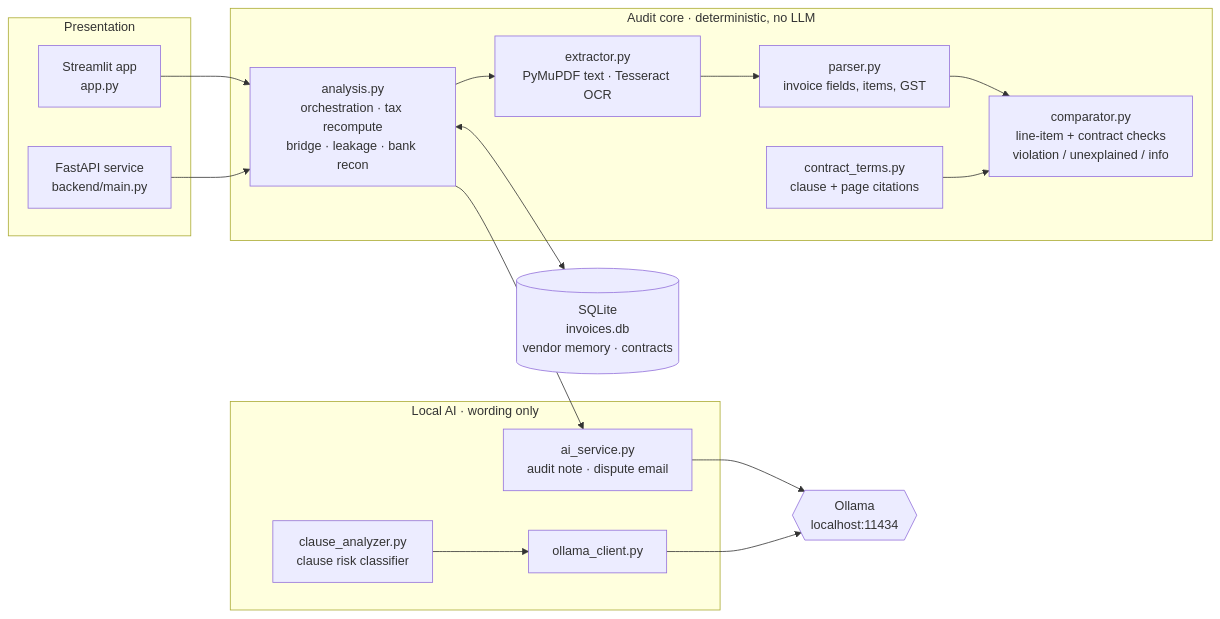
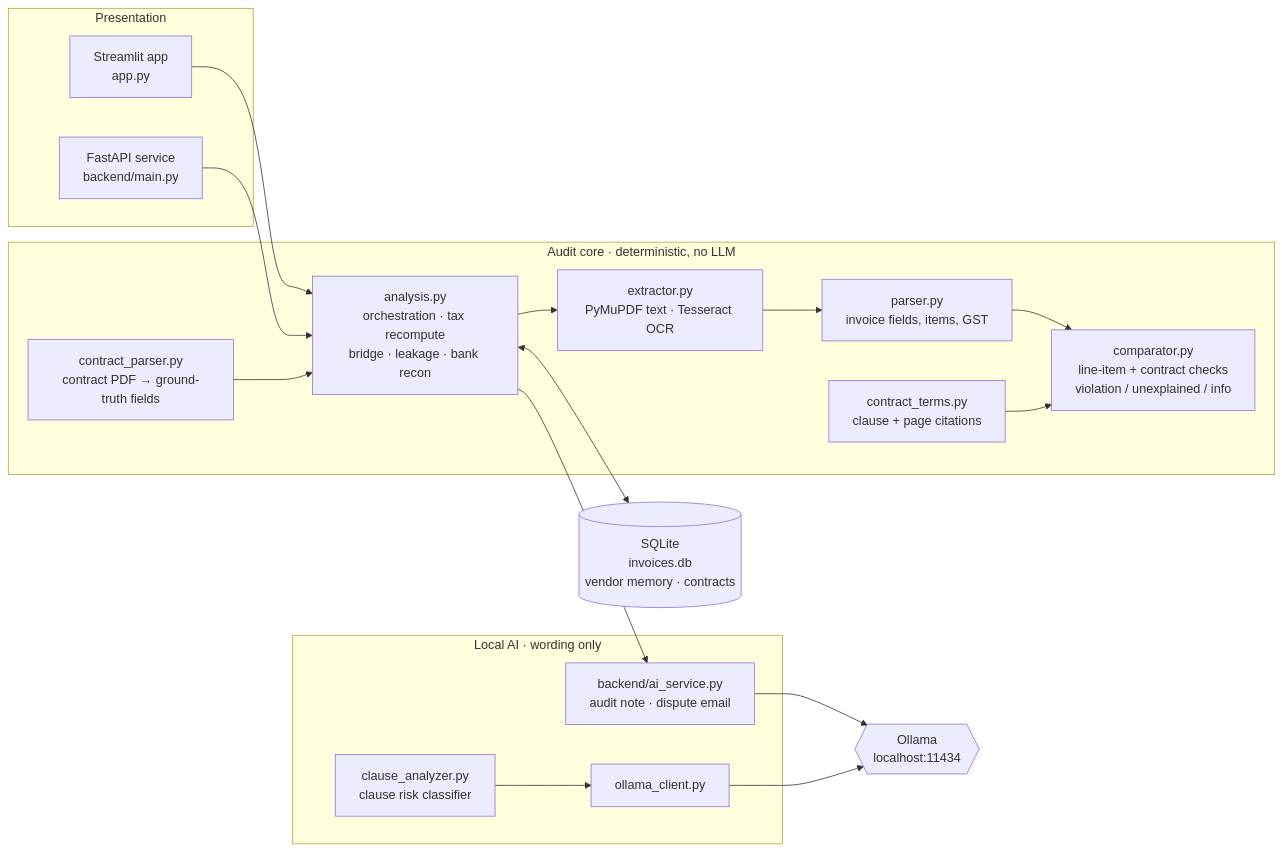
One commit to KushalPurnadutt/Sovereign-Executive changed the first of 2 diagrams in README.md. Above: the diagram before and after it, drawn with Mermaid. The commit also changed other lines of this file, not shown here.

````diff
--- a/README.md
+++ b/README.md
@@ -111,32 +117,34 @@
 ```mermaid
 flowchart LR
     subgraph UI["Presentation"]
         ST["Streamlit app<br/>app.py"]
         API["FastAPI service<br/>backend/main.py"]
     end
 
     subgraph CORE["Audit core · deterministic, no LLM"]
         AN["analysis.py<br/>orchestration · tax recompute<br/>bridge · leakage · bank recon"]
         CMP["comparator.py<br/>line-item + contract checks<br/>violation / unexplained / info"]
         CT["contract_terms.py<br/>clause + page citations"]
+        CP["contract_parser.py<br/>contract PDF → ground-truth fields"]
         PA["parser.py<br/>invoice fields, items, GST"]
         EX["extractor.py<br/>PyMuPDF text · Tesseract OCR"]
     end
 
     subgraph AI["Local AI · wording only"]
-        AS["ai_service.py<br/>audit note · dispute email"]
+        AS["backend/ai_service.py<br/>audit note · dispute email"]
         CA["clause_analyzer.py<br/>clause risk classifier"]
         OC["ollama_client.py"]
     end
 
     DB[("SQLite<br/>invoices.db<br/>vendor memory · contracts")]
     OL{{"Ollama<br/>localhost:11434"}}
 
     ST --> AN
     API --> AN
     AN --> EX --> PA --> CMP
     CT --> CMP
+    CP --> AN
     AN <--> DB
     AN --> AS --> OL
     CA --> OC --> OL
 ```
````
